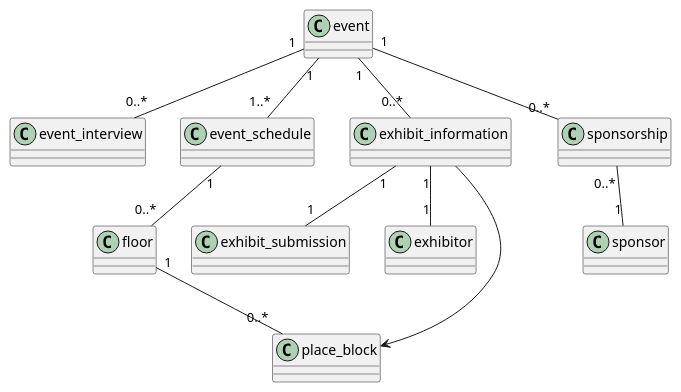
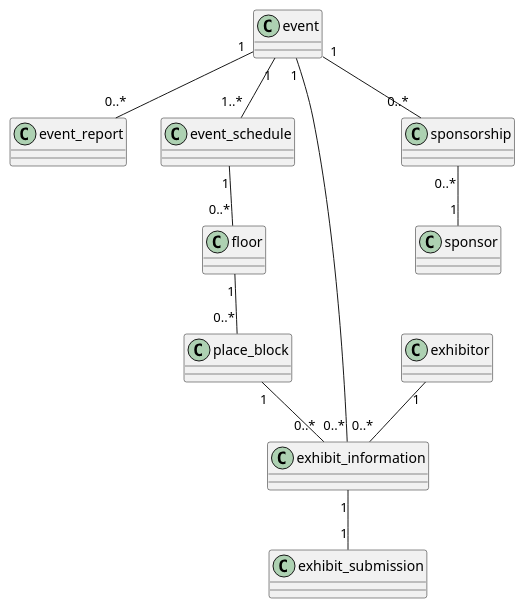
The diagram in class-diagram.pu (tytfpmsw/tokyo-game-dungeon), drawn with PlantUML before and after one commit. The commit also changed 9 other files, not shown here.

```diff
--- a/class-diagram.pu
+++ b/class-diagram.pu
@@ -1,23 +1,23 @@
 @startuml class
 class event
-class event_interview
+class event_report
 class event_schedule
 class exhibit_information
 class exhibit_submission
 class exhibitor
 class floor
 class place_block
 class sponsor
 class sponsorship
 
 event "1" -- "1..*" event_schedule
-event "1" -- "0..*" event_interview
+event "1" -- "0..*" event_report
+event "1" -- "0..*" exhibit_information
 event_schedule "1" -- "0..*" floor
 floor "1" -- "0..*" place_block
 exhibit_information "1" -- "1" exhibit_submission
-exhibit_information "1" -- "1" exhibitor
+exhibitor "1" -- "0..*" exhibit_information
 event "1" -- "0..*" sponsorship
 sponsorship "0..*" -- "1" sponsor
-event "1" -- "0..*" exhibit_information
-exhibit_information --> place_block
+place_block "1" -- "0..*" exhibit_information
 @enduml
```
